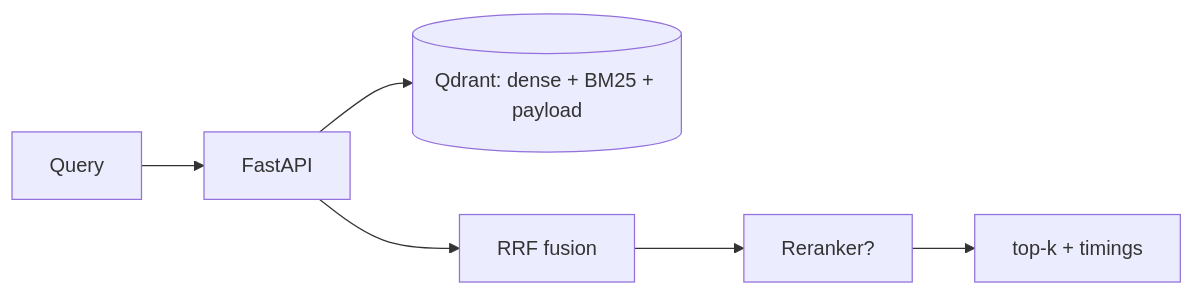
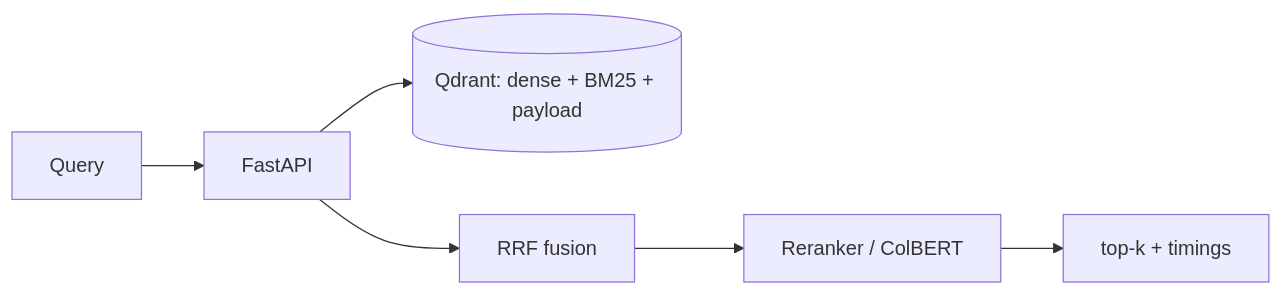
One commit to PUNEET-GAURAV/Adrosonic_Build_RiftCoders_PS1 changed the diagram in README.md. Above: the diagram before and after it, drawn with Mermaid. The commit also changed other lines of this file, not shown here.

````diff
--- a/README.md
+++ b/README.md
@@ -72,5 +64,5 @@
 ```mermaid
 flowchart LR
   U[Query] --> API[FastAPI] --> Q[("Qdrant: dense + BM25 + payload")]
-  API --> F[RRF fusion] --> R[Reranker?] --> T[top-k + timings]
+  API --> F[RRF fusion] --> R[Reranker / ColBERT] --> T[top-k + timings]
 ```
````
